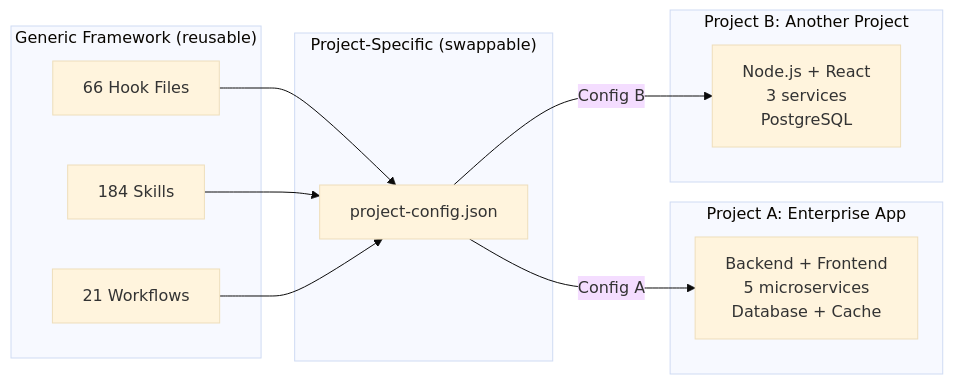
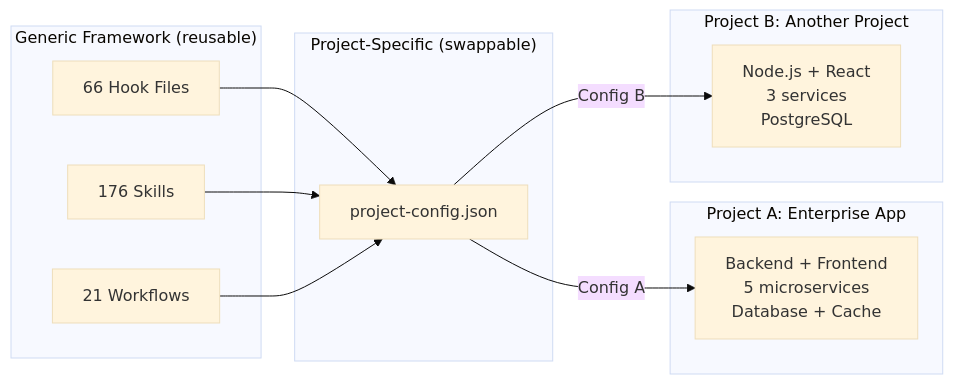
One commit to duc01226/easy-claude changed the eighth of 20 diagrams in .claude/docs/claude-ai-agent-framework-guide.md. Above: the diagram before and after it, drawn with Mermaid (base theme). The commit also changed other lines of this file and 359 other files, not shown here.

````diff
--- a/.claude/docs/claude-ai-agent-framework-guide.md
+++ b/.claude/docs/claude-ai-agent-framework-guide.md
@@ -909,24 +907,24 @@
 ```mermaid
 graph LR
     subgraph "Generic Framework (reusable)"
         H[66 Hook Files]
-        S[184 Skills]
+        S[176 Skills]
         W[21 Workflows]
     end
 
     subgraph "Project-Specific (swappable)"
         PC[project-config.json]
     end
 
     subgraph "Project A: Enterprise App"
         PA[Backend + Frontend<br/>5 microservices<br/>Database + Cache]
     end
 
     subgraph "Project B: Another Project"
         PB[Node.js + React<br/>3 services<br/>PostgreSQL]
     end
 
     H & S & W --> PC
     PC -->|Config A| PA
     PC -->|Config B| PB
 ```
````
